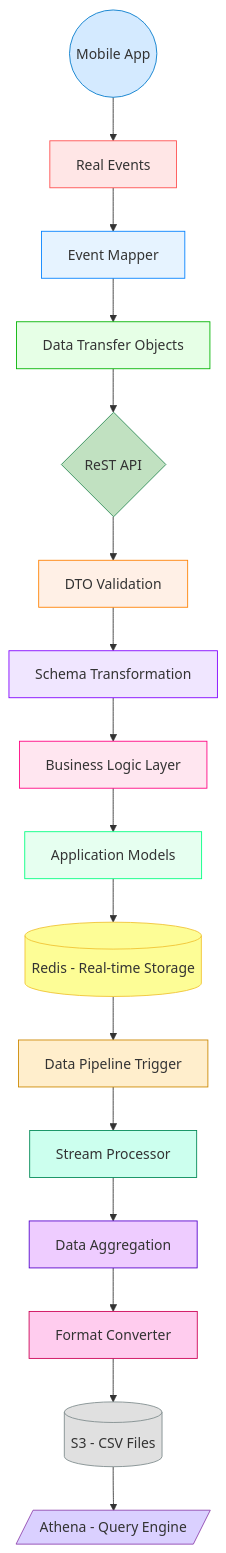
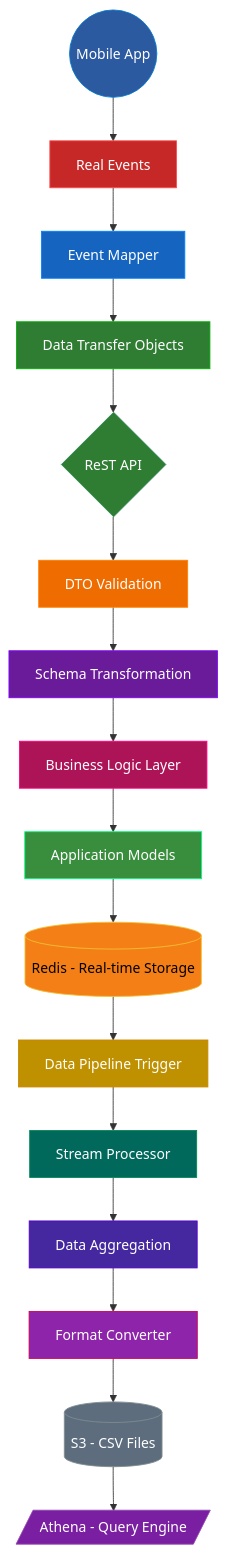
The diagram in ActiveEdgeArchitecture.md (Ensign-College/csai381-content), drawn with Mermaid before and after one commit.

Commit message:
Fix contrast

````diff
--- a/ActiveEdgeArchitecture.md
+++ b/ActiveEdgeArchitecture.md
@@ -1,48 +1,48 @@
 ```mermaid
 flowchart TD
     %% Mobile App Flow
     A((Mobile App)) --> A1[Real Events]
     A1 --> A2[Event Mapper]
     A2 --> A3[Data Transfer Objects]
     A3 --> B{ReST API}
     
     %% ReST API Complex Schema Processing
     B --> B1[DTO Validation]
     B1 --> B2[Schema Transformation]
     B2 --> B3[Business Logic Layer]
     B3 --> B4[Application Models]
     B4 --> C[("Redis - Real-time Storage")]
     
     %% Separate Pipeline Flow
     C --> P1[Data Pipeline Trigger]
     P1 --> P2[Stream Processor]
     P2 --> P3[Data Aggregation]
     P3 --> P4[Format Converter]
     P4 --> E[("S3 - CSV Files")]
     E --> F[/"Athena - Query Engine"/]
     
     %% Styling
-    style A fill:#d4eaff,stroke:#007acc
-    style B fill:#c1e1c1,stroke:#2e8b57
-    style C fill:#fdfd96,stroke:#f1c232
-    style E fill:#e0e0e0,stroke:#7f8c8d
-    style F fill:#dad0ff,stroke:#8e44ad
+    style A fill:#2c5aa0,stroke:#007acc,color:#ffffff
+    style B fill:#2e7d32,stroke:#2e8b57,color:#ffffff
+    style C fill:#f57f17,stroke:#f1c232,color:#000000
+    style E fill:#5d6d7e,stroke:#7f8c8d,color:#ffffff
+    style F fill:#7b1fa2,stroke:#8e44ad,color:#ffffff
     
     %% Transformation stages styling
-    style A1 fill:#ffe6e6,stroke:#ff4d4d
-    style A2 fill:#e6f3ff,stroke:#0080ff
-    style A3 fill:#e6ffe6,stroke:#00b300
-    style B1 fill:#fff0e6,stroke:#ff8000
-    style B2 fill:#f0e6ff,stroke:#8000ff
-    style B3 fill:#ffe6f0,stroke:#ff0080
-    style B4 fill:#e6fff0,stroke:#00ff80
+    style A1 fill:#c62828,stroke:#ff4d4d,color:#ffffff
+    style A2 fill:#1565c0,stroke:#0080ff,color:#ffffff
+    style A3 fill:#2e7d32,stroke:#00b300,color:#ffffff
+    style B1 fill:#ef6c00,stroke:#ff8000,color:#ffffff
+    style B2 fill:#6a1b9a,stroke:#8000ff,color:#ffffff
+    style B3 fill:#ad1457,stroke:#ff0080,color:#ffffff
+    style B4 fill:#388e3c,stroke:#00ff80,color:#ffffff
     
     %% Pipeline styling
-    style P1 fill:#ffeecc,stroke:#cc8800
-    style P2 fill:#ccffee,stroke:#008855
-    style P3 fill:#eeccff,stroke:#5500cc
-    style P4 fill:#ffccee,stroke:#cc0055
+    style P1 fill:#bf9000,stroke:#cc8800,color:#ffffff
+    style P2 fill:#00695c,stroke:#008855,color:#ffffff
+    style P3 fill:#4527a0,stroke:#5500cc,color:#ffffff
+    style P4 fill:#8e24aa,stroke:#cc0055,color:#ffffff
 
     click A href "https://developer.apple.com/design/human-interface-guidelines/workouts" _blank
     click E href "https://us-west-1.console.aws.amazon.com/s3/buckets/csai381-data" _blank
 ```
````
